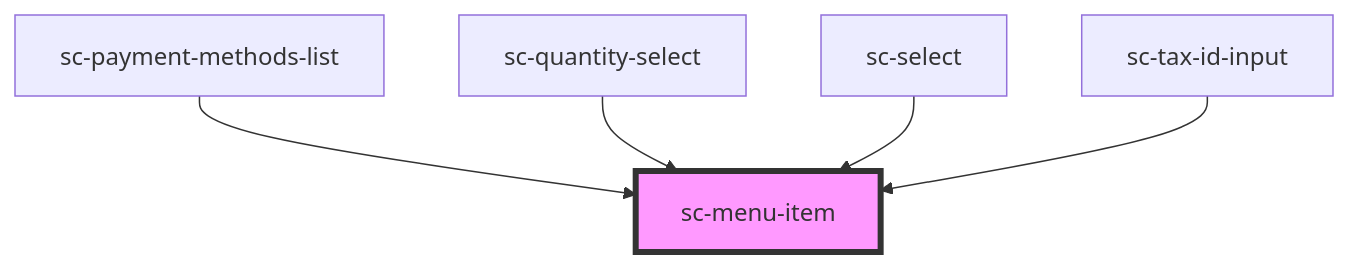
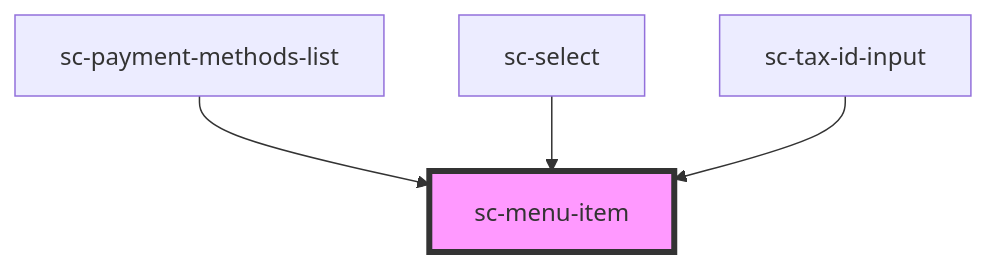
Before and after one commit to surecart/surecart-wp-plugin: the diagram in packages/components/src/components/ui/menu-item/readme.md, drawn with Mermaid. The commit also changed other lines of this file and 88 other files, not shown here.

````diff
--- a/packages/components/src/components/ui/menu-item/readme.md
+++ b/packages/components/src/components/ui/menu-item/readme.md
@@ -60,8 +59,7 @@
 ```mermaid
 graph TD;
   sc-payment-methods-list --> sc-menu-item
-  sc-quantity-select --> sc-menu-item
   sc-select --> sc-menu-item
   sc-tax-id-input --> sc-menu-item
   style sc-menu-item fill:#f9f,stroke:#333,stroke-width:4px
 ```
````
